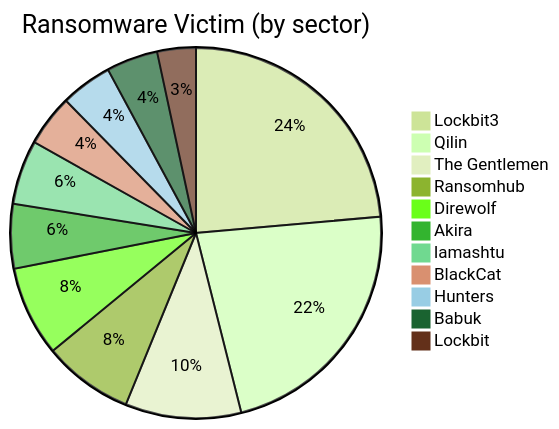
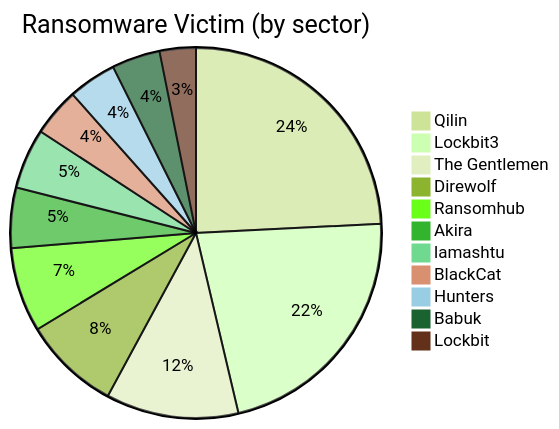
One commit to rectifyq/site changed the third of 4 diagrams in content/my-threat-landscape/ransomware.md. Above: the diagram before and after it, drawn with Mermaid (forest theme). The commit also changed other lines of this file, not shown here.

````diff
--- a/content/my-threat-landscape/ransomware.md
+++ b/content/my-threat-landscape/ransomware.md
@@ -166,14 +175,14 @@
 ```mermaid
 pie title Ransomware Victim (by sector)
+    "Qilin" : 23
     "Lockbit3" : 21
-    "Qilin" : 20
-    "The Gentlemen" : 9
+    "The Gentlemen" : 11
+    "Direwolf" : 8
     "Ransomhub" : 7
-    "Direwolf" : 7
     "Akira" : 5
     "lamashtu" : 5
     "BlackCat" : 4
     "Hunters" : 4
     "Babuk" : 4
     "Lockbit" : 3
 ```
````
